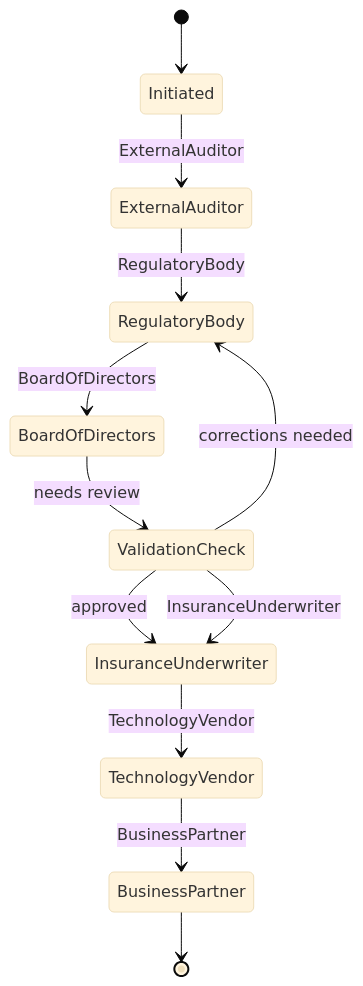
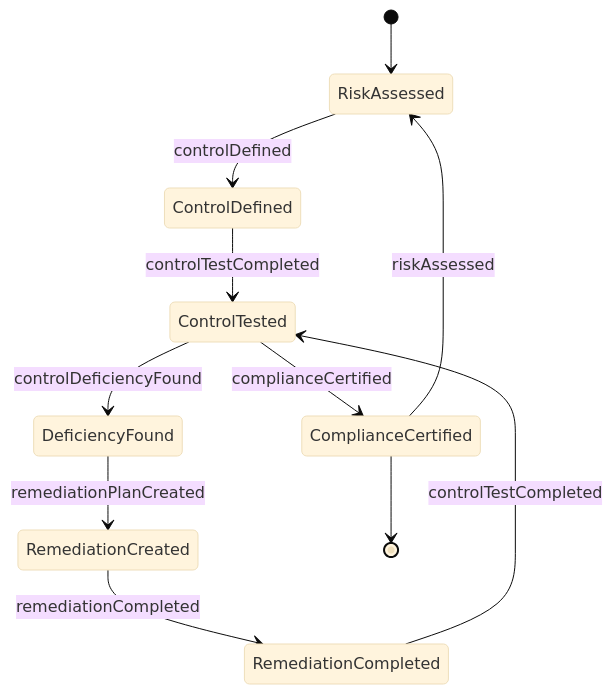
The second of 4 diagrams in GuidingDirectingAndMotivatingSubordinates/ManageControlSystemsOrActivities/ManageControlSystemActivitiesOrganizations.mdx (dot-org-ai/tasks.org.ai), drawn with Mermaid (base theme) before and after one commit. The commit also changed other lines of this file and 515 other files, not shown here.

````diff
--- a/GuidingDirectingAndMotivatingSubordinates/ManageControlSystemsOrActivities/ManageControlSystemActivitiesOrganizations.mdx
+++ b/GuidingDirectingAndMotivatingSubordinates/ManageControlSystemsOrActivities/ManageControlSystemActivitiesOrganizations.mdx
@@ -99,14 +101,13 @@
 ```mermaid
 stateDiagram-v2
-    [*] --> Initiated
-    Initiated --> ExternalAuditor: ExternalAuditor
-    ExternalAuditor --> RegulatoryBody: RegulatoryBody
-    RegulatoryBody --> BoardOfDirectors: BoardOfDirectors
-    BoardOfDirectors --> ValidationCheck: needs review
-    ValidationCheck --> RegulatoryBody: corrections needed
-    ValidationCheck --> InsuranceUnderwriter: approved
-    ValidationCheck --> InsuranceUnderwriter: InsuranceUnderwriter
-    InsuranceUnderwriter --> TechnologyVendor: TechnologyVendor
-    TechnologyVendor --> BusinessPartner: BusinessPartner
-    BusinessPartner --> [*]
+    [*] --> RiskAssessed
+    RiskAssessed --> ControlDefined : controlDefined
+    ControlDefined --> ControlTested : controlTestCompleted
+    ControlTested --> DeficiencyFound : controlDeficiencyFound
+    DeficiencyFound --> RemediationCreated : remediationPlanCreated
+    RemediationCreated --> RemediationCompleted : remediationCompleted
+    RemediationCompleted --> ControlTested : controlTestCompleted
+    ControlTested --> ComplianceCertified : complianceCertified
+    ComplianceCertified --> RiskAssessed : riskAssessed
+    ComplianceCertified --> [*]
 ```
````
